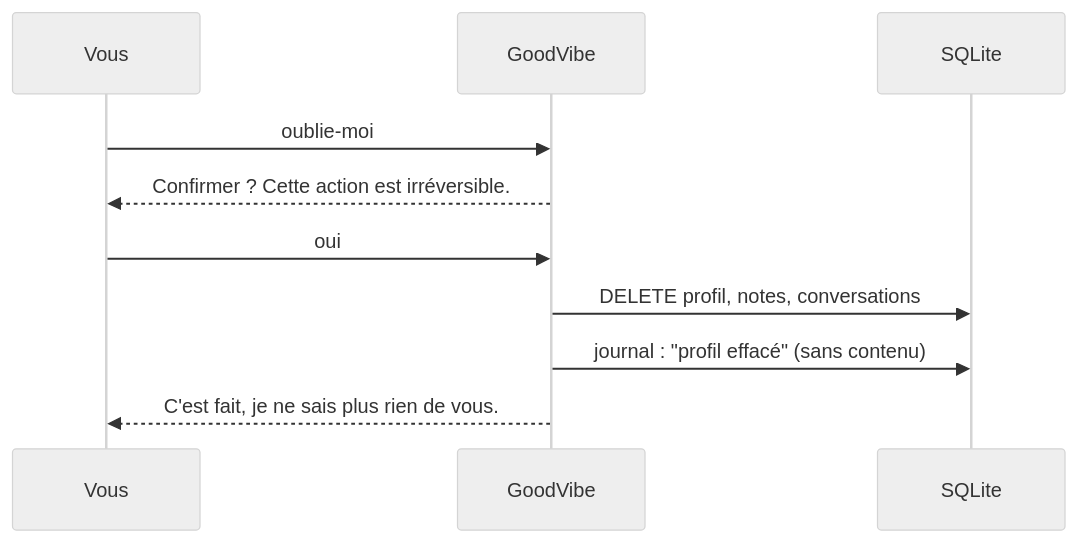
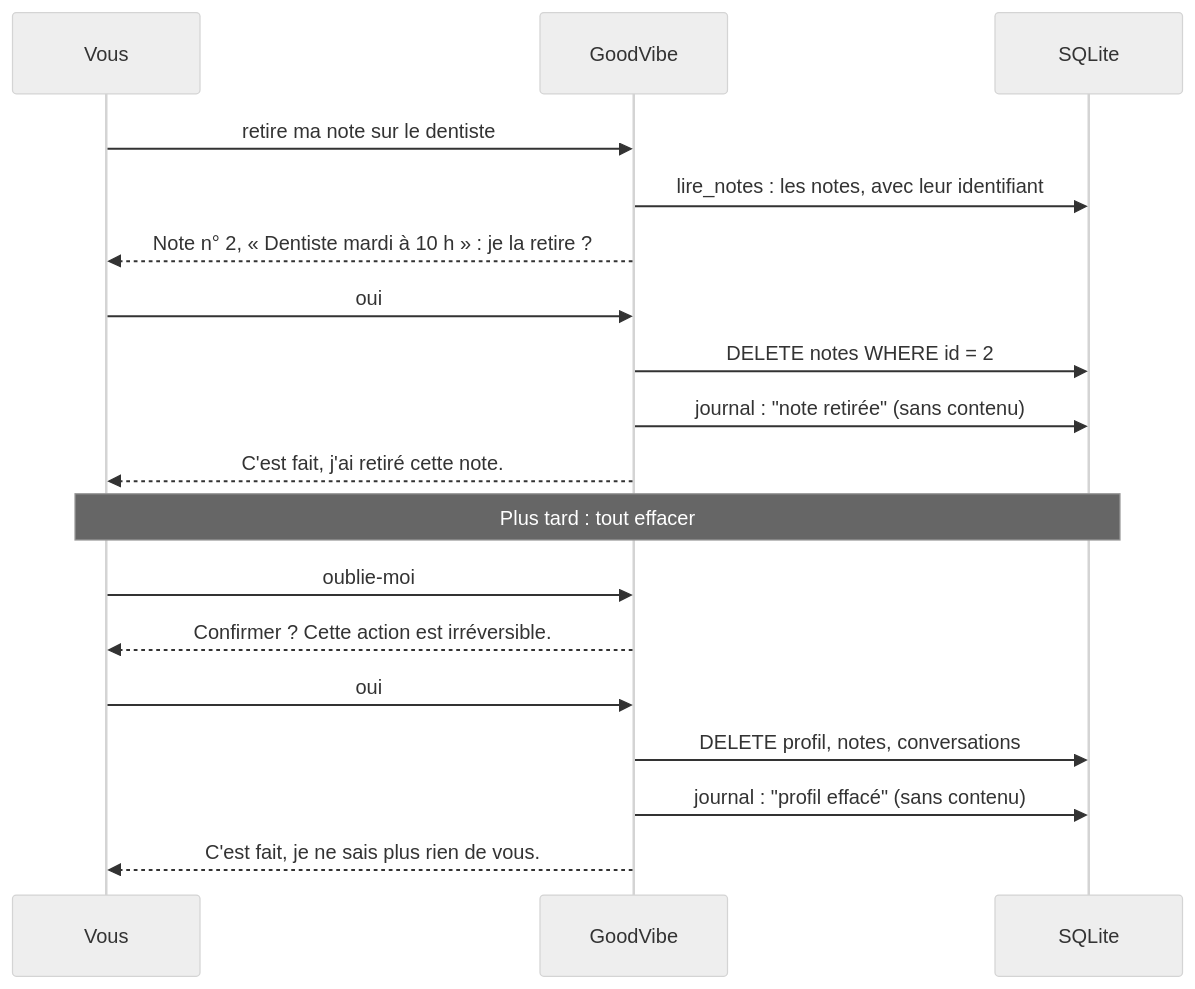
Before and after one commit to lecinquiemejour-code/goodvibe-tuto: diagram 19 of 41 in tuto-goodvibe-vibecoding.md, drawn with Mermaid (neutral theme). The commit also changed other lines of this file and 2 other files, not shown here.

Commit message:
docs(tuto): retirer une note avec confirmation (fiche 5 et PRD) ; note et pense-bête distingués

````diff
--- a/tuto-goodvibe-vibecoding.md
+++ b/tuto-goodvibe-vibecoding.md
@@ -822,12 +822,20 @@
 ```mermaid
 sequenceDiagram
     participant U as Vous
     participant A as GoodVibe
     participant D as SQLite
+    U->>A: retire ma note sur le dentiste
+    A->>D: lire_notes : les notes, avec leur identifiant
+    A-->>U: Note n° 2, « Dentiste mardi à 10 h » : je la retire ?
+    U->>A: oui
+    A->>D: DELETE notes WHERE id = 2
+    A->>D: journal : "note retirée" (sans contenu)
+    A-->>U: C'est fait, j'ai retiré cette note.
+    Note over U,D: Plus tard : tout effacer
     U->>A: oublie-moi
     A-->>U: Confirmer ? Cette action est irréversible.
     U->>A: oui
     A->>D: DELETE profil, notes, conversations
     A->>D: journal : "profil effacé" (sans contenu)
     A-->>U: C'est fait, je ne sais plus rien de vous.
 ```
````
